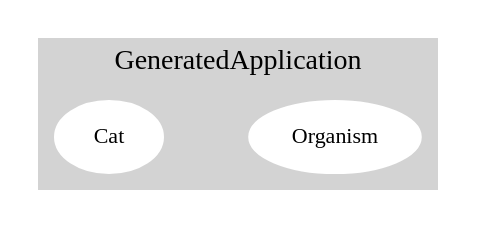
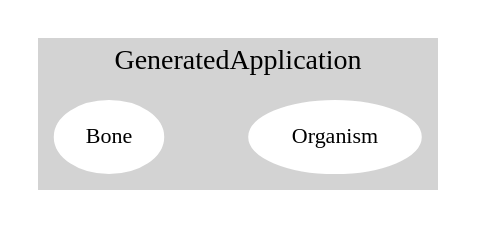
Before and after one commit to startflorin/SYKYO: the diagram in DiagramCreator/DiagramFiles/diagram.gv, drawn with Graphviz. The commit also changed 157 other files, not shown here.

```diff
--- a/DiagramCreator/DiagramFiles/diagram.gv
+++ b/DiagramCreator/DiagramFiles/diagram.gv
@@ -1,3 +1,3 @@
 digraph n { splines=true; sep="+25,25"; overlap=scalexy; nodesep=0.6; node [fontsize=11];
- subgraph cluster_GeneratedApplication {  style=filled;  color=lightgrey;  node [style=filled,color=white];  Organism;  label = "GeneratedApplication";  }  subgraph cluster_GeneratedApplication {  style=filled;  color=lightgrey;  node [style=filled,color=white];  Cat;  label = "GeneratedApplication";  }  subgraph cluster_GeneratedApplication {  style=filled;  color=lightgrey;  node [style=filled,color=white];  label = "GeneratedApplication";  } 
+ subgraph cluster_GeneratedApplication {  style=filled;  color=lightgrey;  node [style=filled,color=white];  Organism;  label = "GeneratedApplication";  }  subgraph cluster_GeneratedApplication {  style=filled;  color=lightgrey;  node [style=filled,color=white];  Bone;  label = "GeneratedApplication";  }  subgraph cluster_GeneratedApplication {  style=filled;  color=lightgrey;  node [style=filled,color=white];  label = "GeneratedApplication";  } 
 }
```
